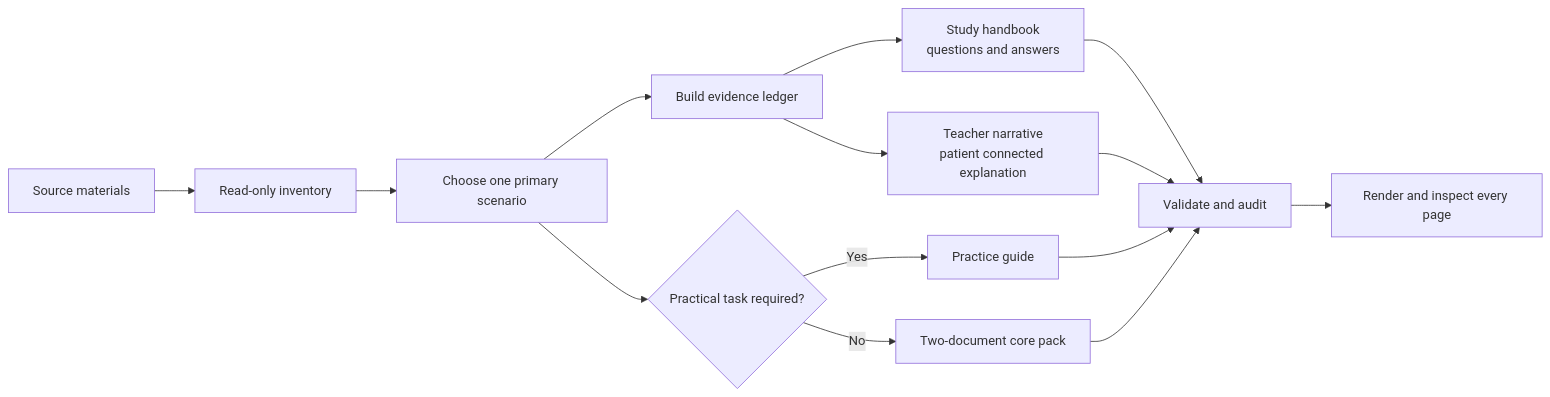
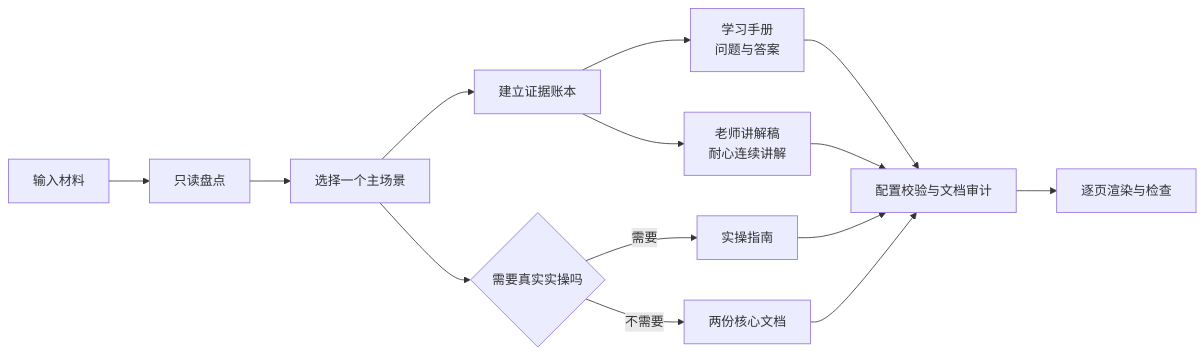
Before and after one commit to Gusuhanfeng/study-fast: the first of 2 diagrams in README.md, drawn with Mermaid. The commit also changed other lines of this file and 3 other files, not shown here.

````diff
--- a/README.md
+++ b/README.md
@@ -30,16 +30,16 @@
 ```mermaid
 flowchart LR
-    A[Source materials] --> B[Read-only inventory]
-    B --> C[Choose one primary scenario]
-    C --> D[Build evidence ledger]
-    D --> E[Study handbook<br/>questions and answers]
-    D --> F[Teacher narrative<br/>patient connected explanation]
-    C --> G{Practical task required?}
-    G -->|Yes| H[Practice guide]
-    G -->|No| I[Two-document core pack]
-    E --> J[Validate and audit]
+    A[输入材料] --> B[只读盘点]
+    B --> C[选择一个主场景]
+    C --> D[建立证据账本]
+    D --> E[学习手册<br/>问题与答案]
+    D --> F[老师讲解稿<br/>耐心连续讲解]
+    C --> G{需要真实实操吗}
+    G -->|需要| H[实操指南]
+    G -->|不需要| I[两份核心文档]
+    E --> J[配置校验与文档审计]
     F --> J
     H --> J
     I --> J
-    J --> K[Render and inspect every page]
+    J --> K[逐页渲染与检查]
 ```
````
